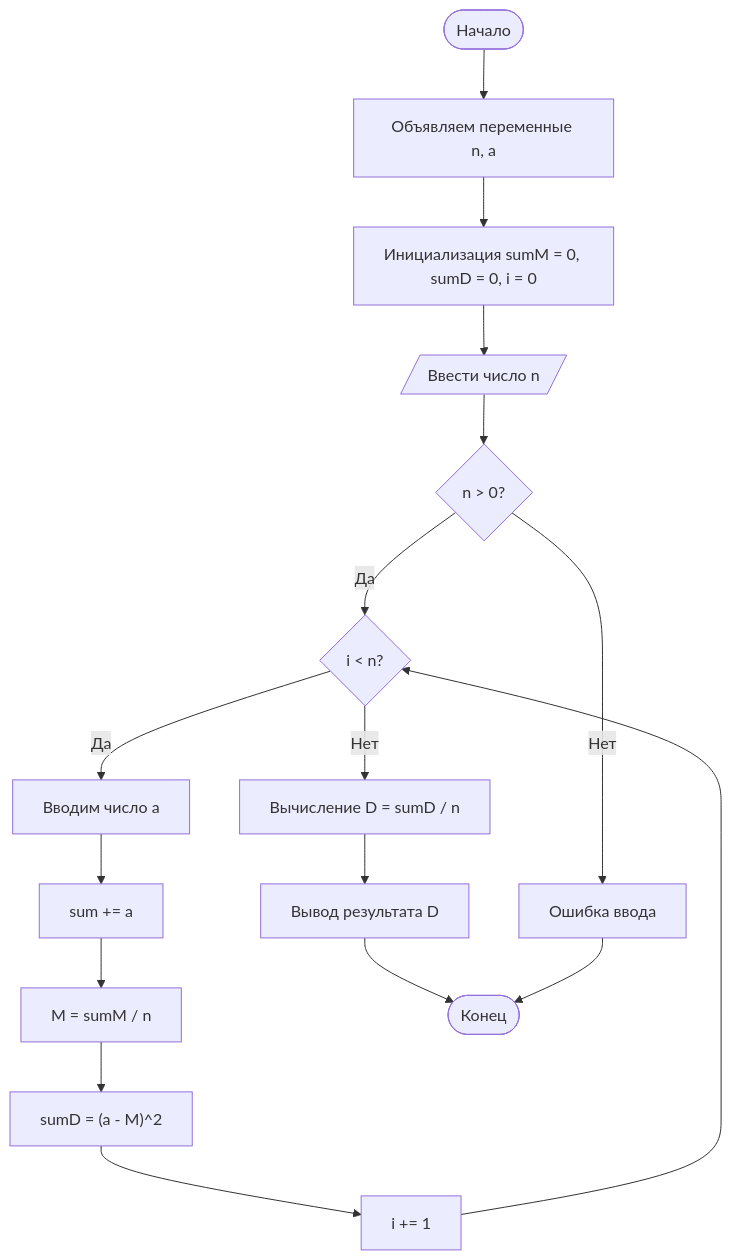
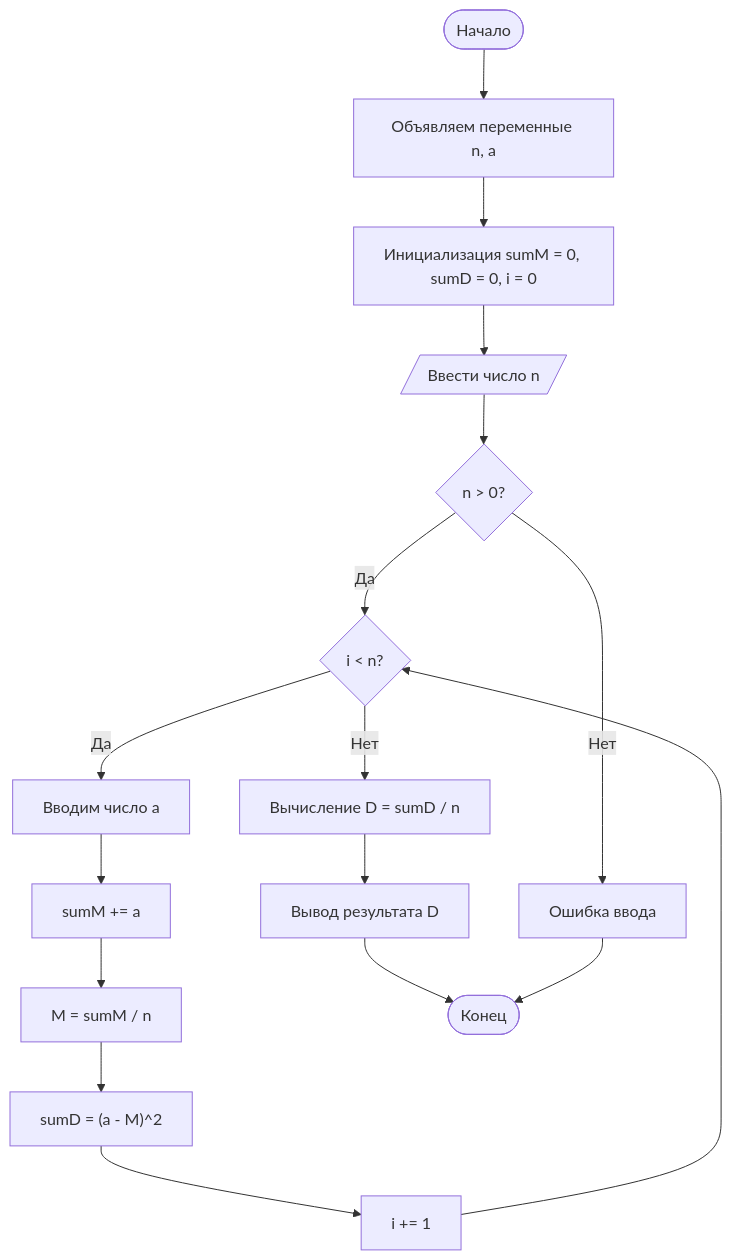
The third of 4 diagrams in README.md (Krastti/Homework-C), drawn with Mermaid before and after one commit. The commit also changed other lines of this file, not shown here.

````diff
--- a/README.md
+++ b/README.md
@@ -38,19 +38,19 @@
 ```mermaid
 flowchart TD
     A([Начало]) --> B[Объявляем переменные n, a]
     B --> C[Инициализация sumM = 0, sumD = 0, i = 0]
     C --> D[/Ввести число n/]
     D --> E{n > 0?}
     E -- Нет --> F[Ошибка ввода]
     E -- Да --> G{i < n?}
     G -- Да --> J[Вводим число a]
-    J --> K[sum += a]
+    J --> K[sumM += a]
     K --> L[M = sumM / n]
     L --> M["sumD = (a - M)^2 "]
     M --> P[i += 1]
     P --> G
     G -- Нет --> H[Вычисление D = sumD / n]
     H --> N[Вывод результата D]
     N --> O([Конец])
     F --> O
 ```
````
